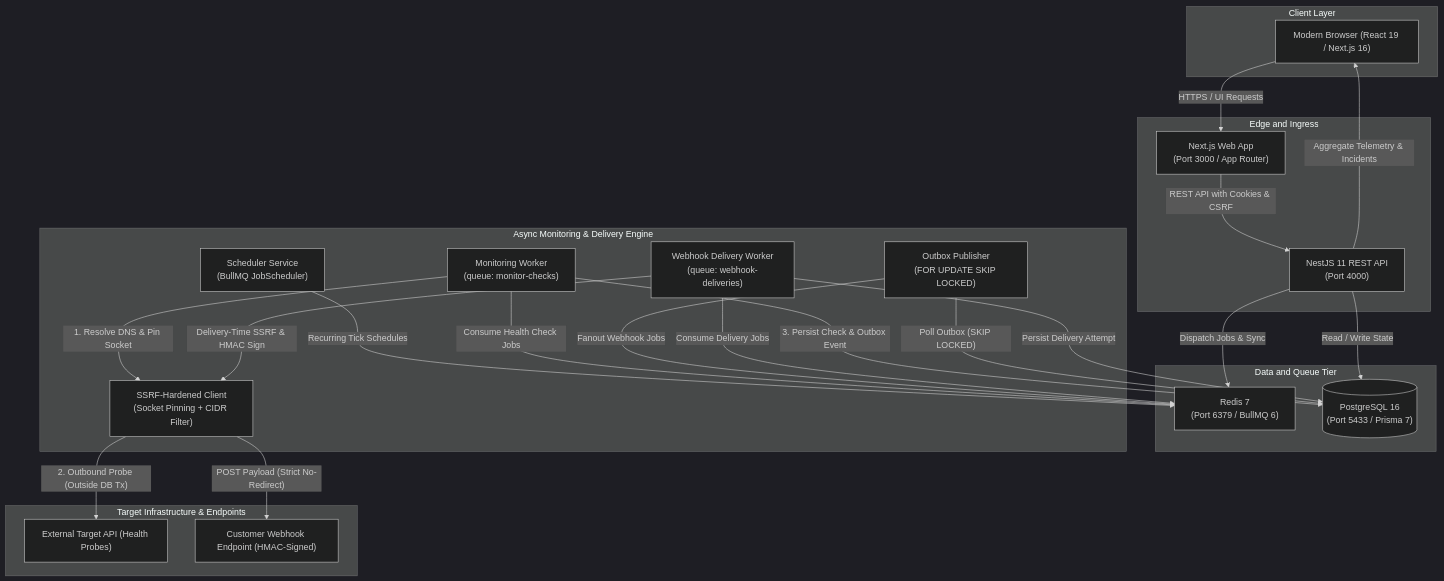
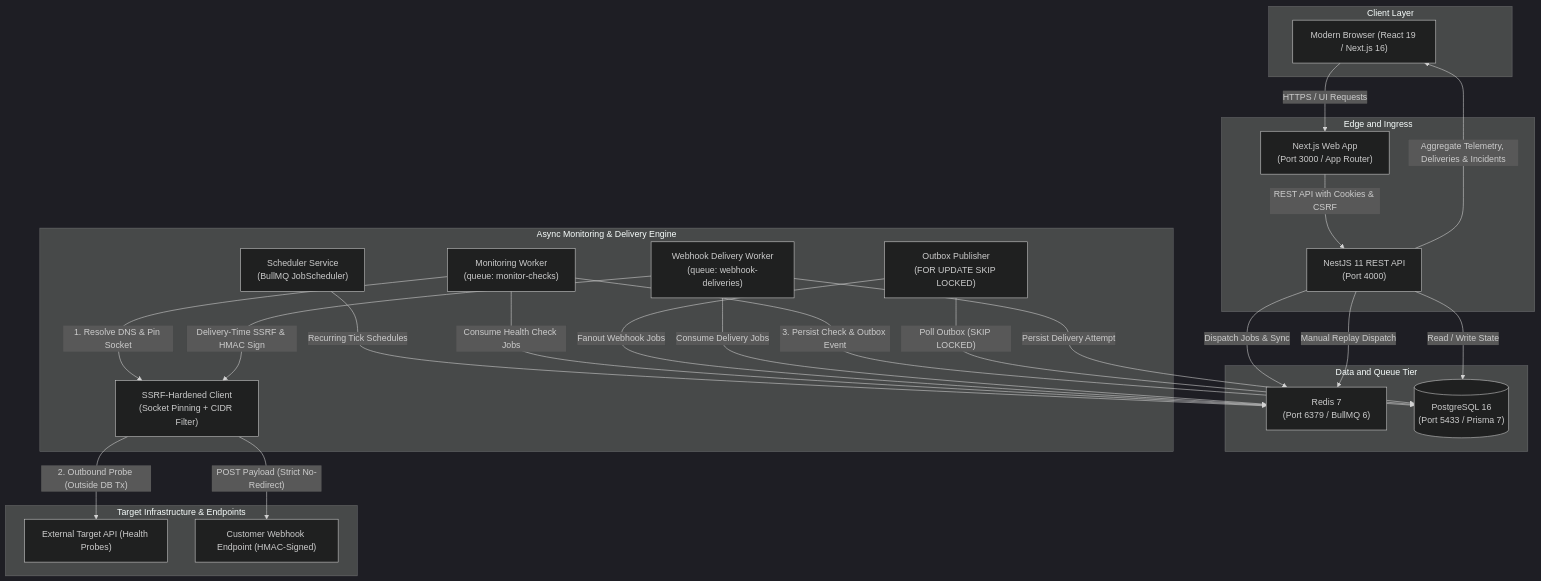
One commit to alihasnain92/devpulse changed the diagram in README.md. Above: the diagram before and after it, drawn with Mermaid (dark theme). The commit also changed other lines of this file and 24 other files, not shown here.

Commit message:
feat: add webhook delivery history and manual replay

````diff
--- a/README.md
+++ b/README.md
@@ -20,46 +20,47 @@
 ```mermaid
 flowchart TD
     subgraph client_layer [Client Layer]
         Browser["Modern Browser (React 19 / Next.js 16)"]
     end
 
     subgraph edge_ingress [Edge and Ingress]
         Frontend["Next.js Web App<br/>(Port 3000 / App Router)"]
         API["NestJS 11 REST API<br/>(Port 4000)"]
     end
 
     subgraph data_queue [Data and Queue Tier]
         Redis["Redis 7<br/>(Port 6379 / BullMQ 6)"]
         Postgres[("PostgreSQL 16<br/>(Port 5433 / Prisma 7)")]
     end
 
     subgraph monitoring_engine [Async Monitoring & Delivery Engine]
         Scheduler["Scheduler Service<br/>(BullMQ JobScheduler)"]
         MonitorWorker["Monitoring Worker<br/>(queue: monitor-checks)"]
         OutboxPublisher["Outbox Publisher<br/>(FOR UPDATE SKIP LOCKED)"]
         WebhookWorker["Webhook Delivery Worker<br/>(queue: webhook-deliveries)"]
         SSRF["SSRF-Hardened Client<br/>(Socket Pinning + CIDR Filter)"]
     end
 
     subgraph target_infra [Target Infrastructure & Endpoints]
         TargetAPI["External Target API (Health Probes)"]
         WebhookDest["Customer Webhook Endpoint (HMAC-Signed)"]
     end
 
     Browser -->|"HTTPS / UI Requests"| Frontend
     Frontend -->|"REST API with Cookies & CSRF"| API
     API -->|"Read / Write State"| Postgres
     API -->|"Dispatch Jobs & Sync"| Redis
+    API -->|"Manual Replay Dispatch"| Redis
     Scheduler -->|"Recurring Tick Schedules"| Redis
     MonitorWorker -->|"Consume Health Check Jobs"| Redis
     MonitorWorker -->|"1. Resolve DNS & Pin Socket"| SSRF
     SSRF -->|"2. Outbound Probe (Outside DB Tx)"| TargetAPI
     MonitorWorker -->|"3. Persist Check & Outbox Event"| Postgres
     OutboxPublisher -->|"Poll Outbox (SKIP LOCKED)"| Postgres
     OutboxPublisher -->|"Fanout Webhook Jobs"| Redis
     WebhookWorker -->|"Consume Delivery Jobs"| Redis
     WebhookWorker -->|"Delivery-Time SSRF & HMAC Sign"| SSRF
     SSRF -->|"POST Payload (Strict No-Redirect)"| WebhookDest
     WebhookWorker -->|"Persist Delivery Attempt"| Postgres
-    API -->|"Aggregate Telemetry & Incidents"| Browser
+    API -->|"Aggregate Telemetry, Deliveries & Incidents"| Browser
 ```
````
